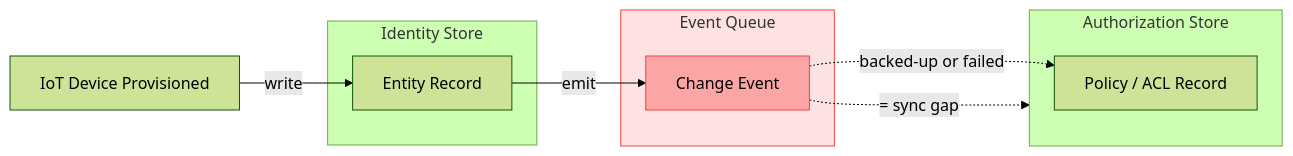
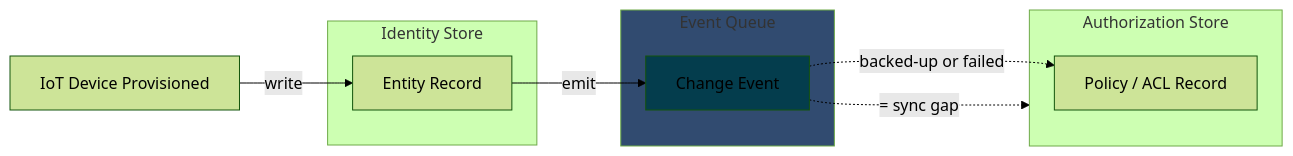
One commit to absmach/website changed the first of 2 diagrams in src/content/blogs/why-split-identity-auth-breaks-at-scale.md. Above: the diagram before and after it, drawn with Mermaid (forest theme). The commit also changed other lines of this file and 1 other file, not shown here.

Commit message:
add mermaid rendering option

````diff
--- a/src/content/blogs/why-split-identity-auth-breaks-at-scale.md
+++ b/src/content/blogs/why-split-identity-auth-breaks-at-scale.md
@@ -36,19 +36,19 @@
 ```mermaid
 flowchart LR
     D["IoT Device Provisioned"]
     subgraph IS["Identity Store"]
         ER[Entity Record]
     end
     subgraph EQ["Event Queue"]
         EV[Change Event]
     end
     subgraph AS["Authorization Store"]
         PR["Policy / ACL Record"]
     end
     D -->|write| ER
     ER -->|emit| EV
     EV -.->|"backed-up or failed"| PR
     EV -.->|"= sync gap"| AS
-    style EQ fill:#fee2e2,stroke:#ef4444
-    style EV fill:#fca5a5,stroke:#ef4444
+    style EQ fill:#314b70
+    style EV fill:#043d4d
 ```
````
